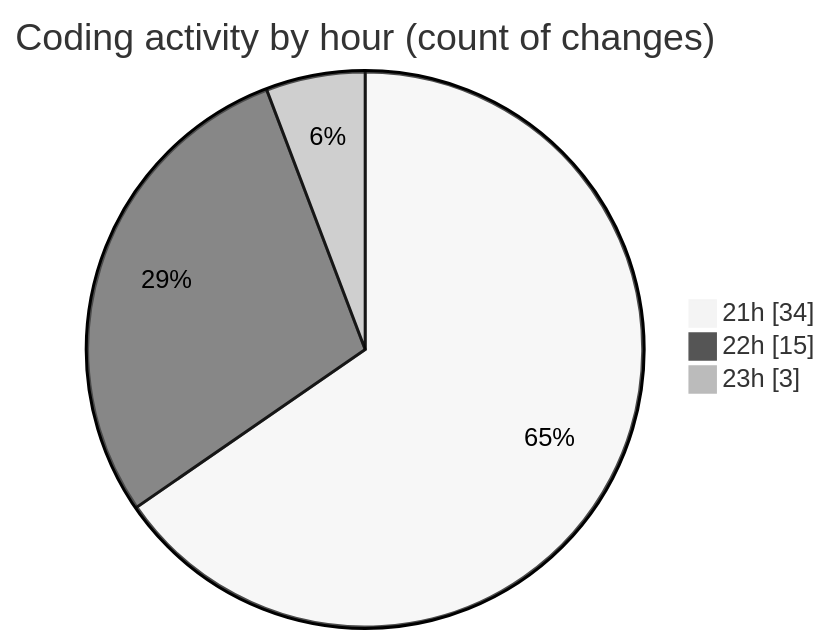
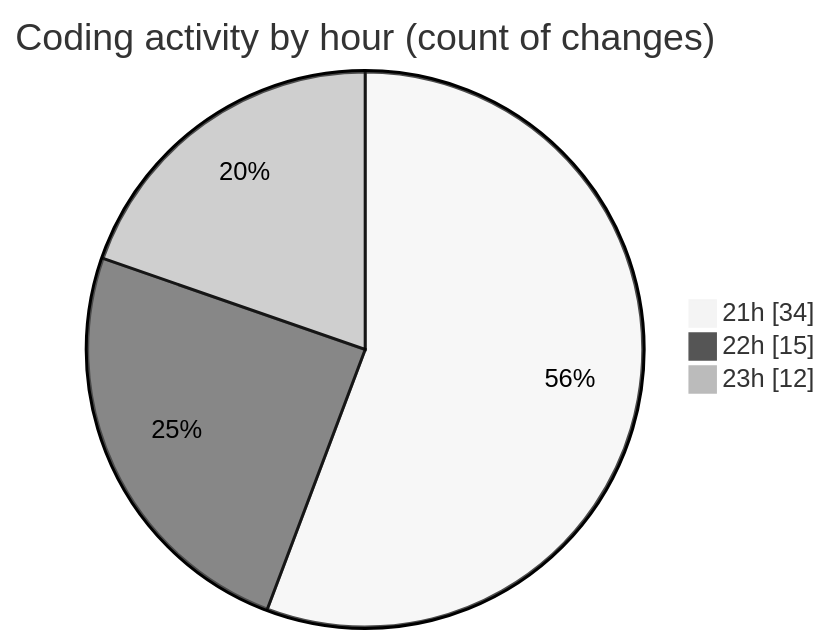
One commit to Ritupan-Deka/code-tracking changed the second of 2 diagrams in 2025-10-31/backend/README.md. Above: the diagram before and after it, drawn with Mermaid (neutral theme). The commit also changed other lines of this file and 1 other file, not shown here.

````diff
--- a/2025-10-31/backend/README.md
+++ b/2025-10-31/backend/README.md
@@ -41,7 +41,7 @@
 ```mermaid
 pie showData
 title Coding activity by hour (count of changes)
 "21h" : 34
 "22h" : 15
-"23h" : 3
+"23h" : 12
 ```
````
